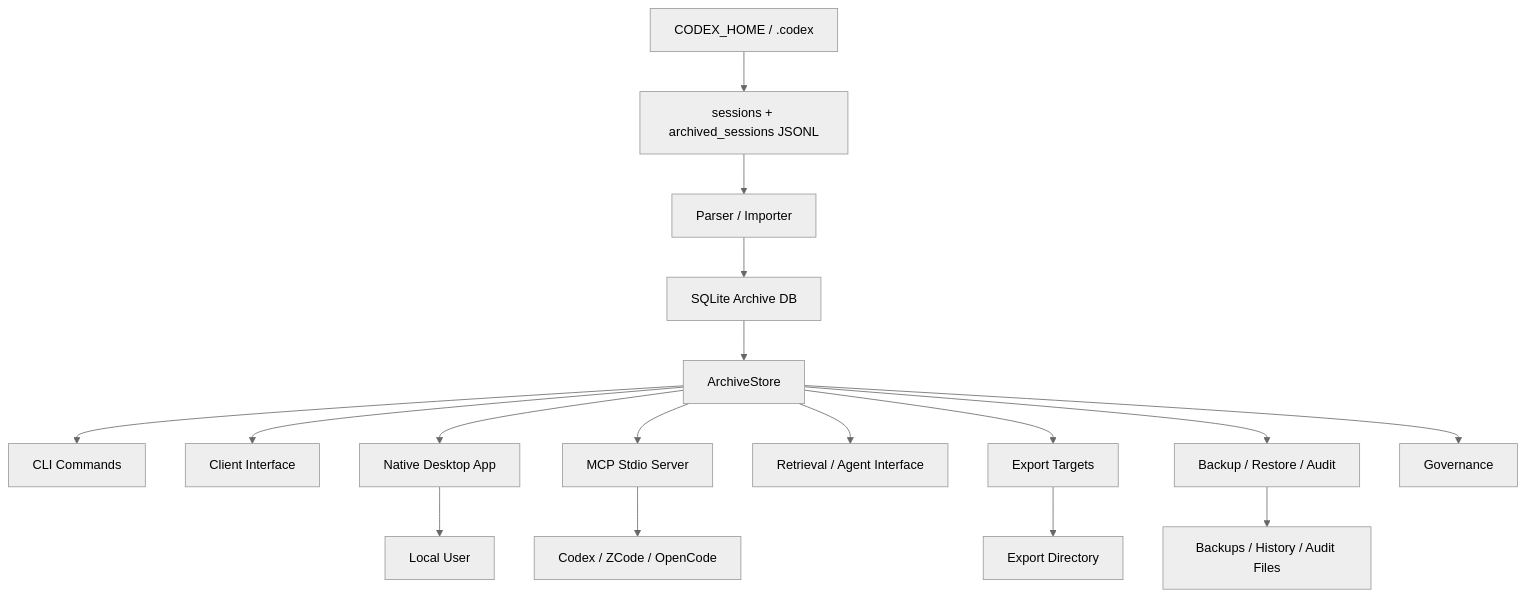
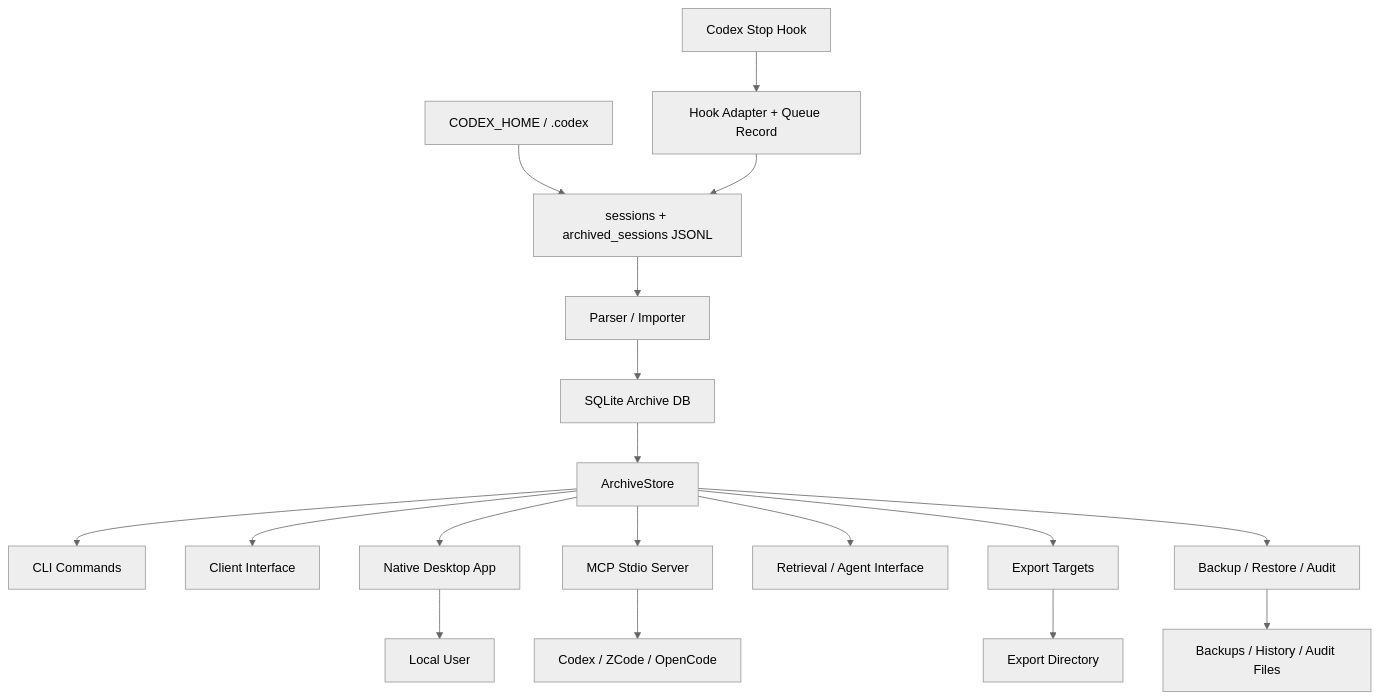
Before and after one commit to Taurusxw/ThreadVault: the diagram in docs/ARCHITECTURE.md, drawn with Mermaid (neutral theme). The commit also changed other lines of this file and 132 other files, not shown here.

````diff
--- a/docs/ARCHITECTURE.md
+++ b/docs/ARCHITECTURE.md
@@ -39,21 +41,22 @@
 ```mermaid
 flowchart TD
   CodexHome["CODEX_HOME / .codex"] --> TranscriptFiles["sessions + archived_sessions JSONL"]
+  CodexStop["Codex Stop Hook"] --> HookAdapter["Hook Adapter + Queue Record"]
+  HookAdapter --> TranscriptFiles
   TranscriptFiles --> Parser["Parser / Importer"]
   Parser --> DB["SQLite Archive DB"]
   DB --> Store["ArchiveStore"]
 
   Store --> CLI["CLI Commands"]
   Store --> Client["Client Interface"]
   Store --> Desktop["Native Desktop App"]
   Store --> MCP["MCP Stdio Server"]
   Store --> Retrieval["Retrieval / Agent Interface"]
   Store --> Export["Export Targets"]
   Store --> Ops["Backup / Restore / Audit"]
-  Store --> Gov["Governance"]
 
   Desktop --> Human["Local User"]
   MCP --> Agents["Codex / ZCode / OpenCode"]
   Export --> Files["Export Directory"]
   Ops --> LocalArtifacts["Backups / History / Audit Files"]
 ```
````
